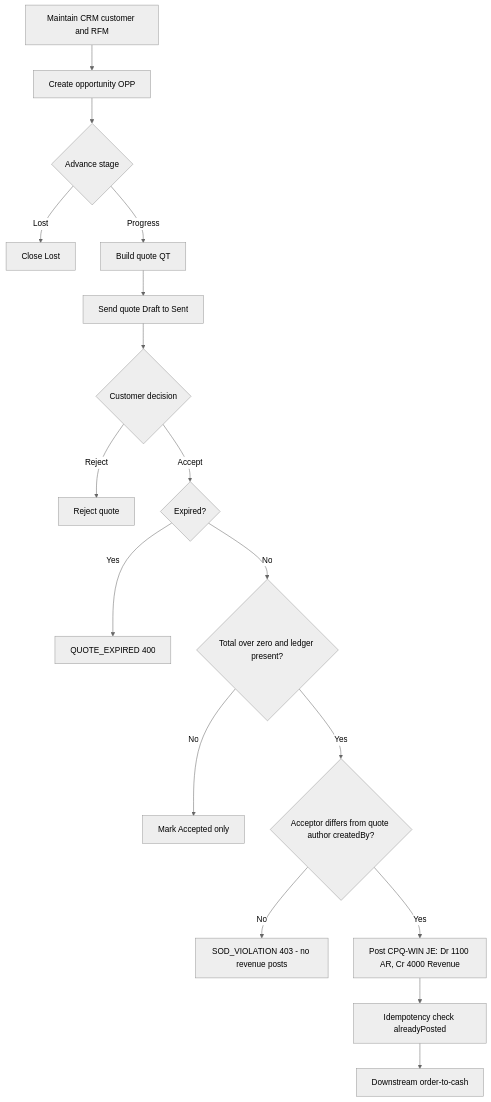
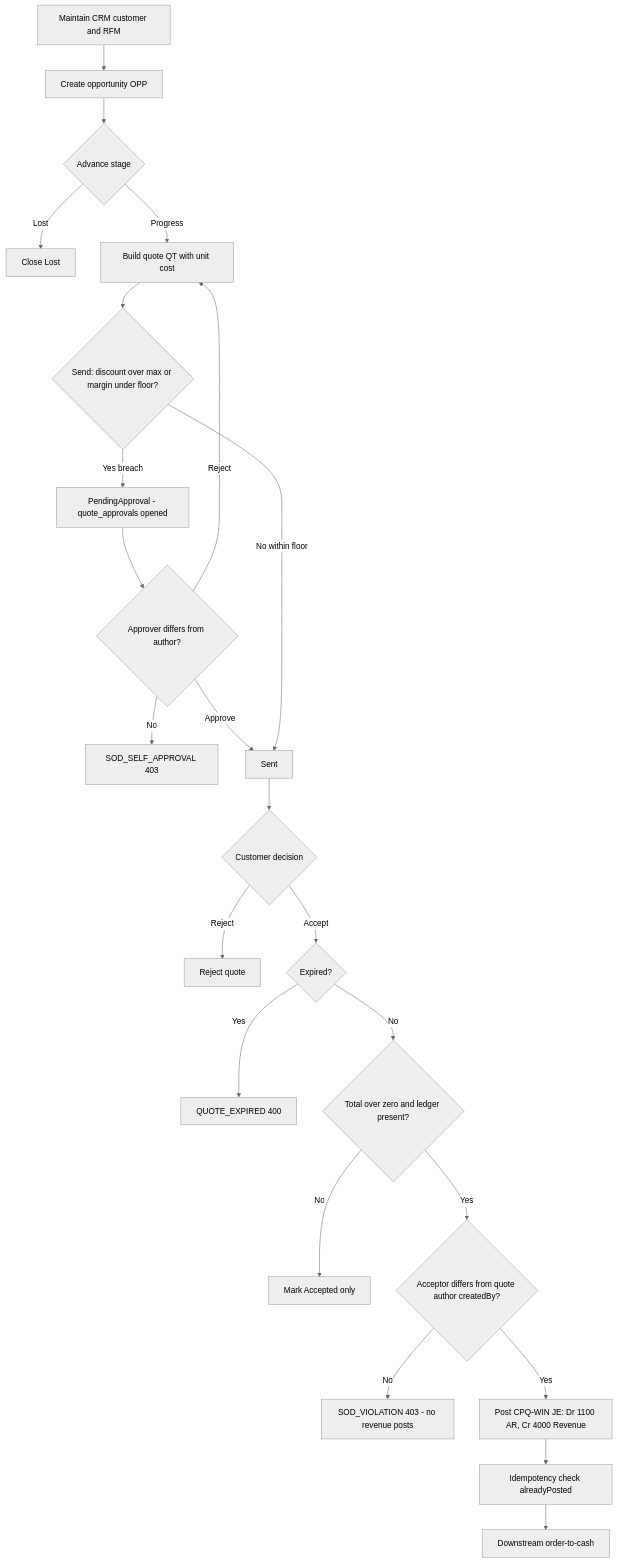
Before and after one commit to wayla69/invisibleERP: the diagram in docs/process-narratives/18-crm-pipeline-cpq.md, drawn with Mermaid (neutral theme). The commit also changed other lines of this file and 24 other files, not shown here.

First line of the commit message:
feat(cpq): SVC-1 quote discount-approval &amp; margin-floor control (CPQ-01, migration 0328) (#678)

````diff
--- a/docs/process-narratives/18-crm-pipeline-cpq.md
+++ b/docs/process-narratives/18-crm-pipeline-cpq.md
@@ -215,19 +217,25 @@
 ```mermaid
 flowchart TD
     A[Maintain CRM customer and RFM] --> B[Create opportunity OPP]
     B --> C{Advance stage}
     C -->|Lost| Z[Close Lost]
-    C -->|Progress| D[Build quote QT]
-    D --> E[Send quote Draft to Sent]
+    C -->|Progress| D[Build quote QT with unit cost]
+    D --> S{Send: discount over max or margin under floor?}
+    S -->|Yes breach| T[PendingApproval - quote_approvals opened]
+    T --> U{Approver differs from author?}
+    U -->|No| V[SOD_SELF_APPROVAL 403]
+    U -->|Approve| E[Sent]
+    U -->|Reject| D
+    S -->|No within floor| E
     E --> F{Customer decision}
     F -->|Reject| G[Reject quote]
     F -->|Accept| H{Expired?}
     H -->|Yes| I[QUOTE_EXPIRED 400]
     H -->|No| J{Total over zero and ledger present?}
     J -->|No| K[Mark Accepted only]
     J -->|Yes| P{Acceptor differs from quote author createdBy?}
     P -->|No| Q[SOD_VIOLATION 403 - no revenue posts]
     P -->|Yes| L[Post CPQ-WIN JE: Dr 1100 AR, Cr 4000 Revenue]
     L --> M[Idempotency check alreadyPosted]
     M --> N[Downstream order-to-cash]
 ```
````
